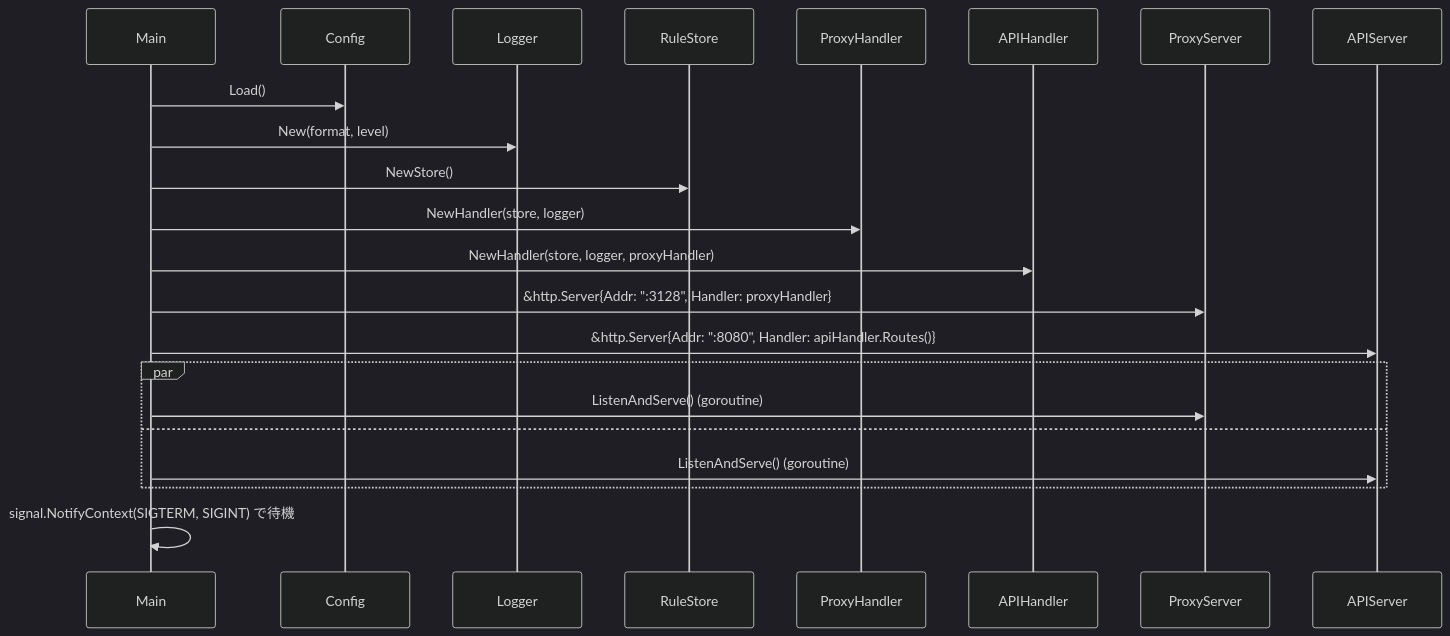
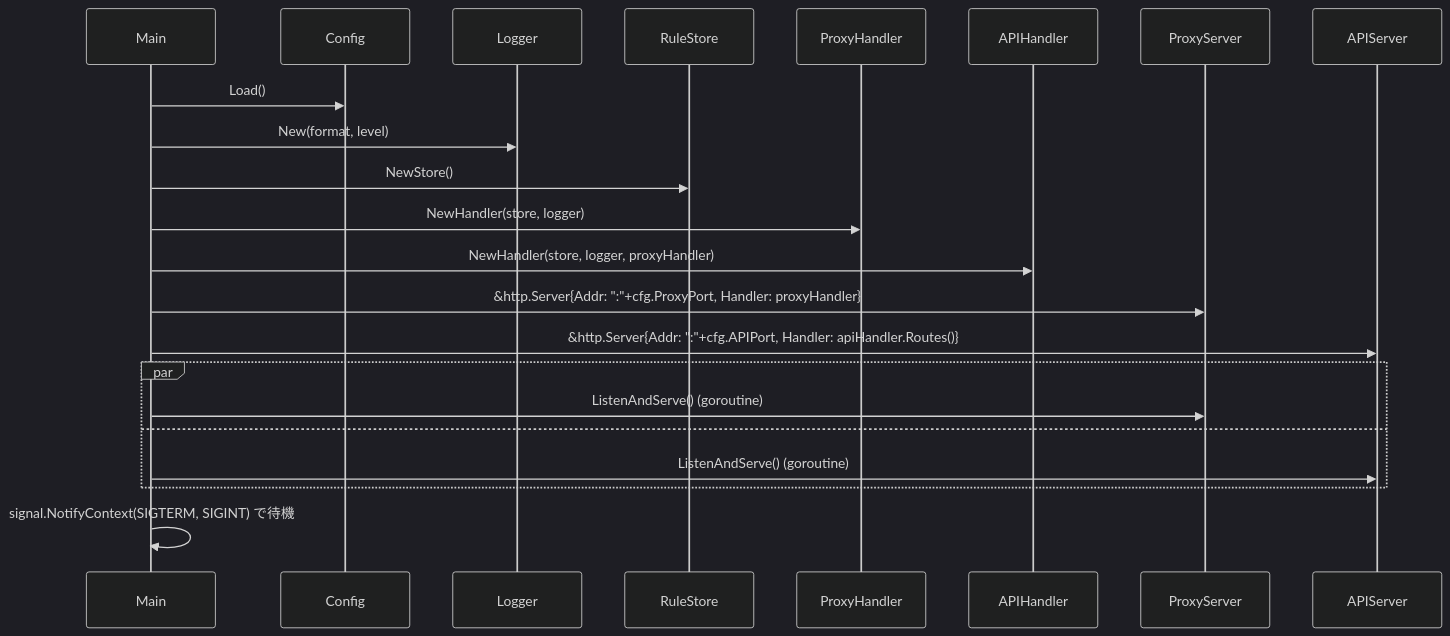
Before and after one commit to windschord/network-filter-proxy: the first of 2 diagrams in docs/sdd/design/components/server.md, drawn with Mermaid (dark theme). The commit also changed other lines of this file and 16 other files, not shown here.

````diff
--- a/docs/sdd/design/components/server.md
+++ b/docs/sdd/design/components/server.md
@@ -38,25 +38,25 @@
 ```mermaid
 sequenceDiagram
     participant Main
     participant Config
     participant Logger
     participant RuleStore
     participant ProxyHandler
     participant APIHandler
     participant ProxyServer
     participant APIServer
 
     Main->>Config: Load()
     Main->>Logger: New(format, level)
     Main->>RuleStore: NewStore()
     Main->>ProxyHandler: NewHandler(store, logger)
     Main->>APIHandler: NewHandler(store, logger, proxyHandler)
-    Main->>ProxyServer: &http.Server{Addr: ":3128", Handler: proxyHandler}
-    Main->>APIServer: &http.Server{Addr: ":8080", Handler: apiHandler.Routes()}
+    Main->>ProxyServer: &http.Server{Addr: ":"+cfg.ProxyPort, Handler: proxyHandler}
+    Main->>APIServer: &http.Server{Addr: ":"+cfg.APIPort, Handler: apiHandler.Routes()}
     par
         Main->>ProxyServer: ListenAndServe() (goroutine)
     and
         Main->>APIServer: ListenAndServe() (goroutine)
     end
     Main->>Main: signal.NotifyContext(SIGTERM, SIGINT) で待機
 ```
````
